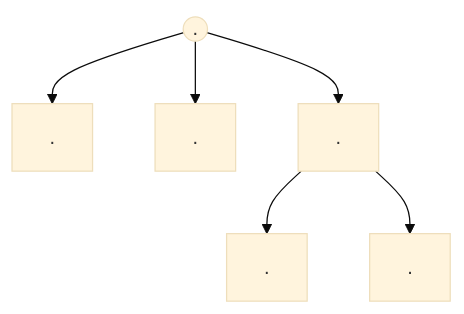
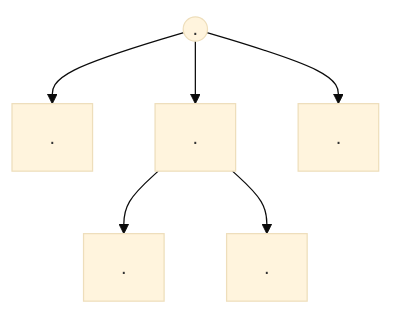
One commit to Deison12/Taller1.github.io changed the second of 2 diagrams in README.MD. Above: the diagram before and after it, drawn with Mermaid (base theme). The commit also changed other lines of this file, not shown here.

````diff
--- a/README.MD
+++ b/README.MD
@@ -77,15 +77,15 @@
 ```mermaid
  flowchart TD
 A(("."))
 B["."]
+D["."]
 C["."]
-D["."]
 E["."]
 F["."]
 
 A-->B;
 A-->C;
 A-->D;
 D-->E;
 D-->F;
 ```
````
